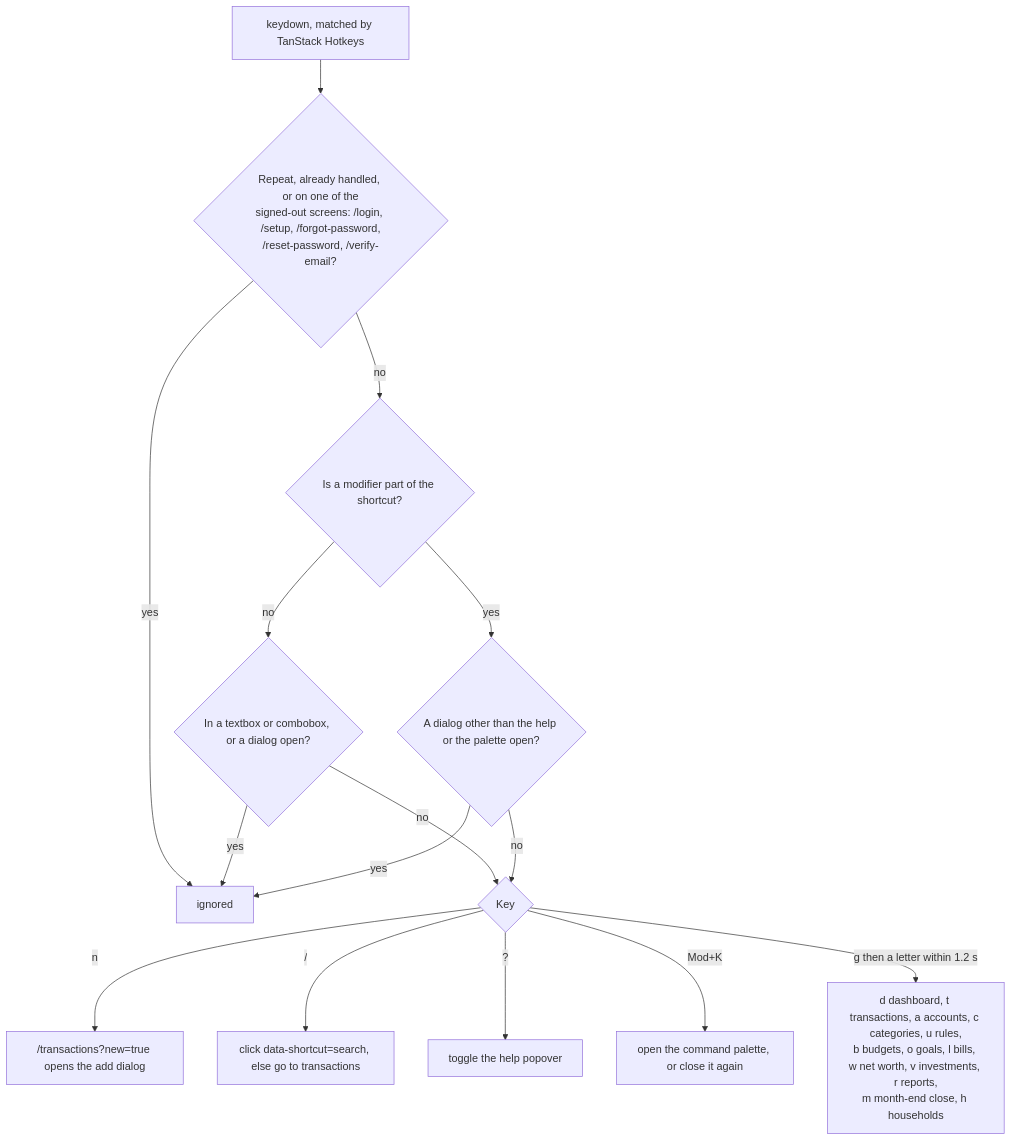
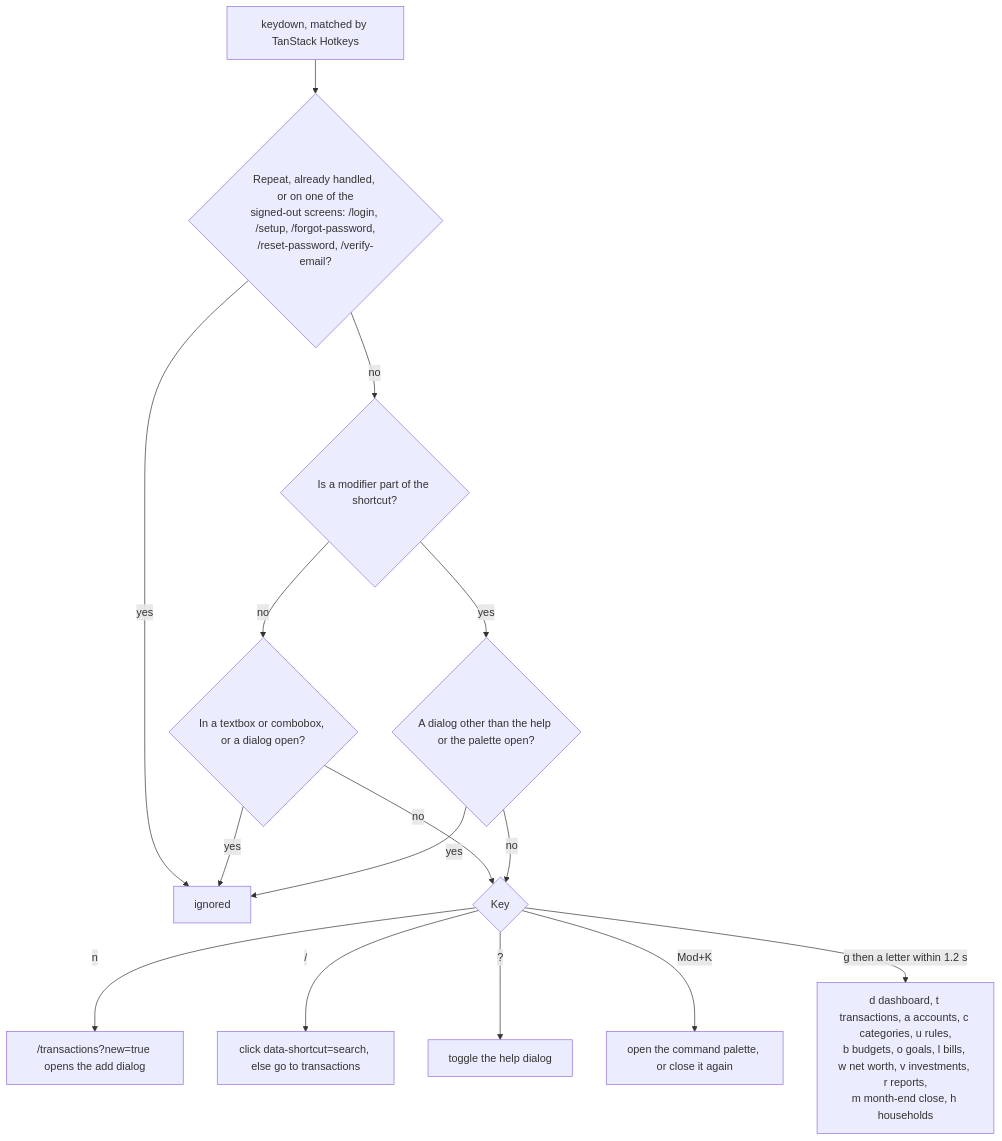
Before and after one commit to Justxs/Jx-Finance: the third of 5 diagrams in docs/features/interface.md, drawn with Mermaid. The commit also changed other lines of this file and 180 other files, not shown here.

First line of the commit message:
refactor: remove reports and close routes, update navigation and dashboard schemas

````diff
--- a/docs/features/interface.md
+++ b/docs/features/interface.md
@@ -57,17 +56,17 @@
 ```mermaid
 flowchart TD
     Key["keydown, matched by TanStack Hotkeys"] --> Guard{"Repeat, already handled, or on one of the<br/>signed-out screens: /login, /setup, /forgot-password,<br/>/reset-password, /verify-email?"}
     Guard -->|"yes"| Ignore["ignored"]
     Guard -->|"no"| Held{"Is a modifier part of the shortcut?"}
     Held -->|"no"| Bare{"In a textbox or combobox, or a dialog open?"}
     Bare -->|"yes"| Ignore
     Bare -->|"no"| Which
     Held -->|"yes"| Modal{"A dialog other than the help or the palette open?"}
     Modal -->|"yes"| Ignore
     Modal -->|"no"| Which{"Key"}
     Which -->|"n"| New["/transactions?new=true opens the add dialog"]
     Which -->|"/"| Search["click data-shortcut=search, else go to transactions"]
-    Which -->|"?"| Help["toggle the help popover"]
+    Which -->|"?"| Help["toggle the help dialog"]
     Which -->|"Mod+K"| Palette["open the command palette, or close it again"]
     Which -->|"g then a letter within 1.2 s"| Go["d dashboard, t transactions, a accounts, c categories, u rules,<br/>b budgets, o goals, l bills, w net worth, v investments, r reports,<br/>m month-end close, h households"]
 ```
````
